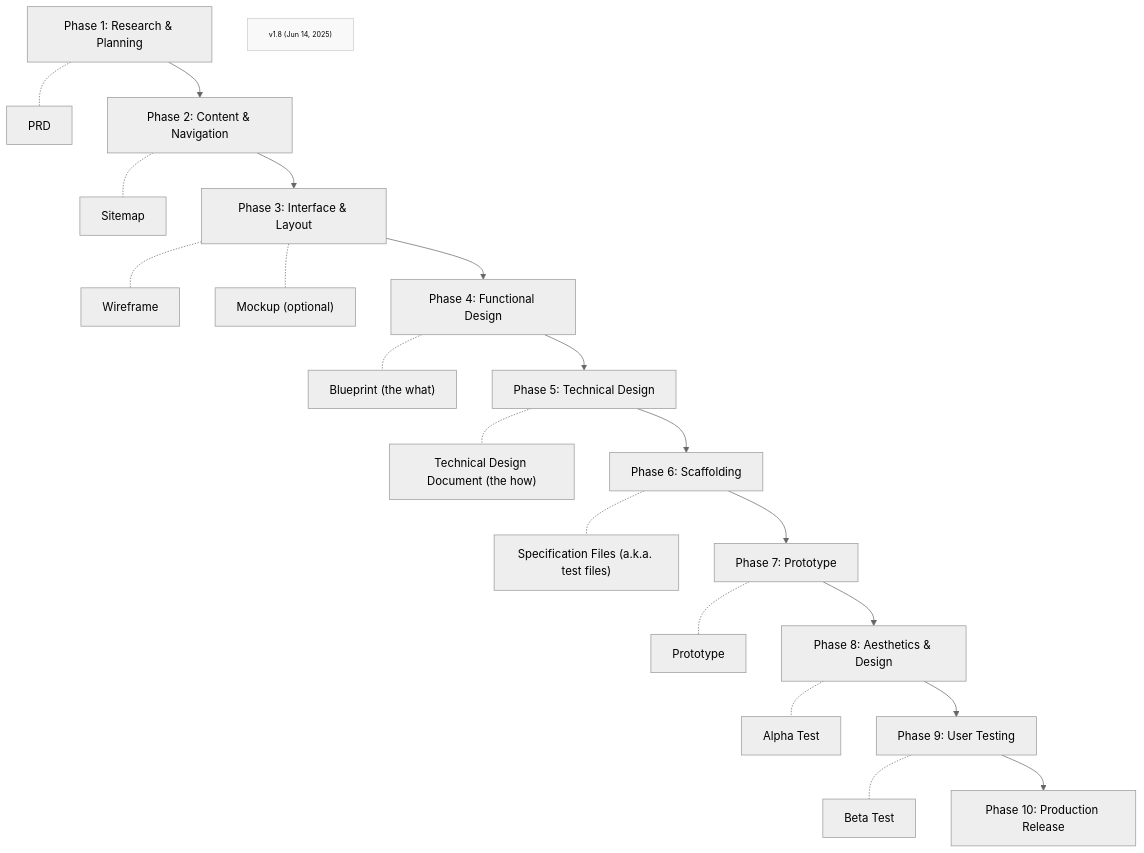
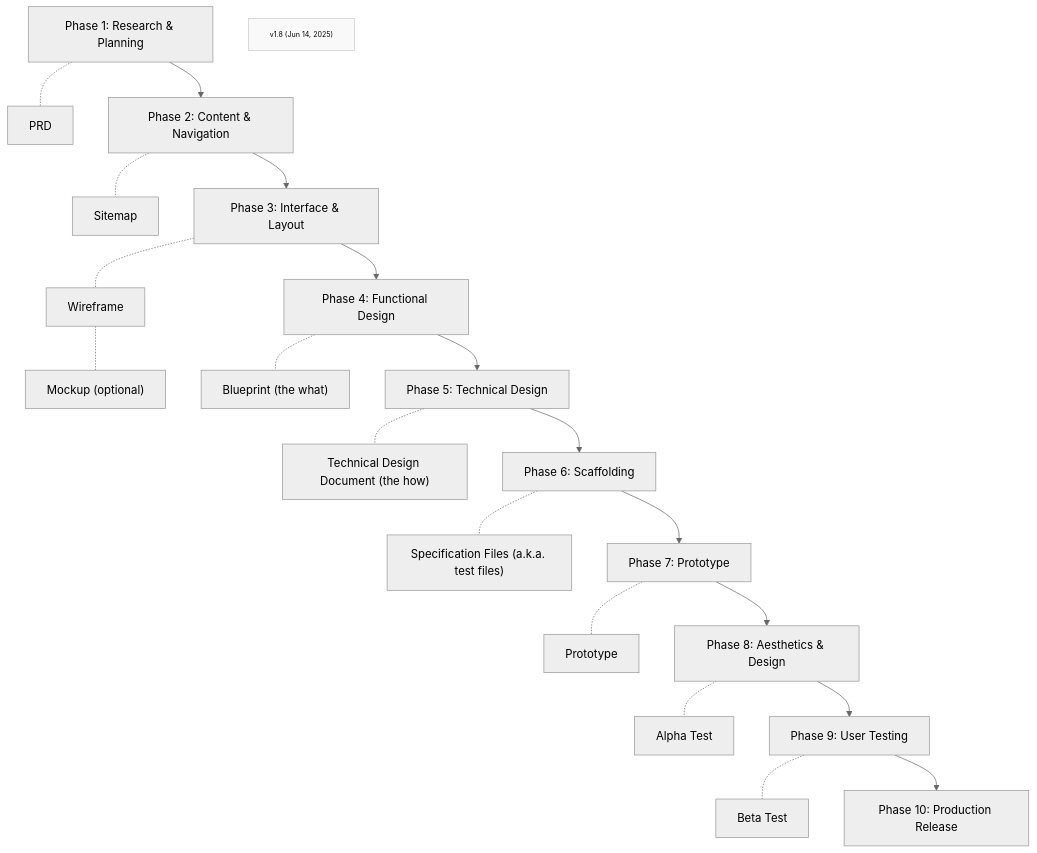
One commit to Mharbulous/Front-First-Method changed the first of 2 diagrams in Phases/FF-overview.md. Above: the diagram before and after it, drawn with Mermaid (neutral theme).

````diff
--- a/Phases/FF-overview.md
+++ b/Phases/FF-overview.md
@@ -1,26 +1,26 @@
 ```mermaid
 graph TD
     Phase1["Phase 1: Research & Planning"] -.- PRD["PRD"]
     Phase1 --> Phase2["Phase 2: Content & Navigation"]
     Phase2 -.- Sitemap["Sitemap"]
     Phase2 --> Phase3["Phase 3: Interface & Layout"]
     Phase3 -.- Wireframe["Wireframe"]
-    Phase3 -.- Mockup["Mockup (optional)"]
+    Wireframe -.- Mockup["Mockup (optional)"]
     Phase3 --> Phase4["Phase 4: Functional Design"]
     Phase4 -.- Blueprint["Blueprint (the what)"]
     Phase4 --> Phase5["Phase 5: Technical Design"]
     Phase5 -.- TechDesign["Technical Design Document (the how)"]
     Phase5 --> Phase6["Phase 6: Scaffolding"]
     Phase6 -.- Specs["Specification Files (a.k.a. test files)"]
     Phase6 --> Phase7["Phase 7: Prototype"]
     Phase7 -.- Prototype["Prototype"]
     Phase7 --> Phase8["Phase 8: Aesthetics & Design"]
     Phase8 -.- Alpha["Alpha Test"]
     Phase8 --> Phase9["Phase 9: User Testing"]
     Phase9 -.- Beta["Beta Test"]
     Phase9 --> Phase10["Phase 10: Production Release"]
 
     VersionInfo["v1.8 (Jun 14, 2025)"]
     classDef version fill:#f9f9f9,stroke:#ccc,font-size:10px;
     class VersionInfo version
 ```
````
